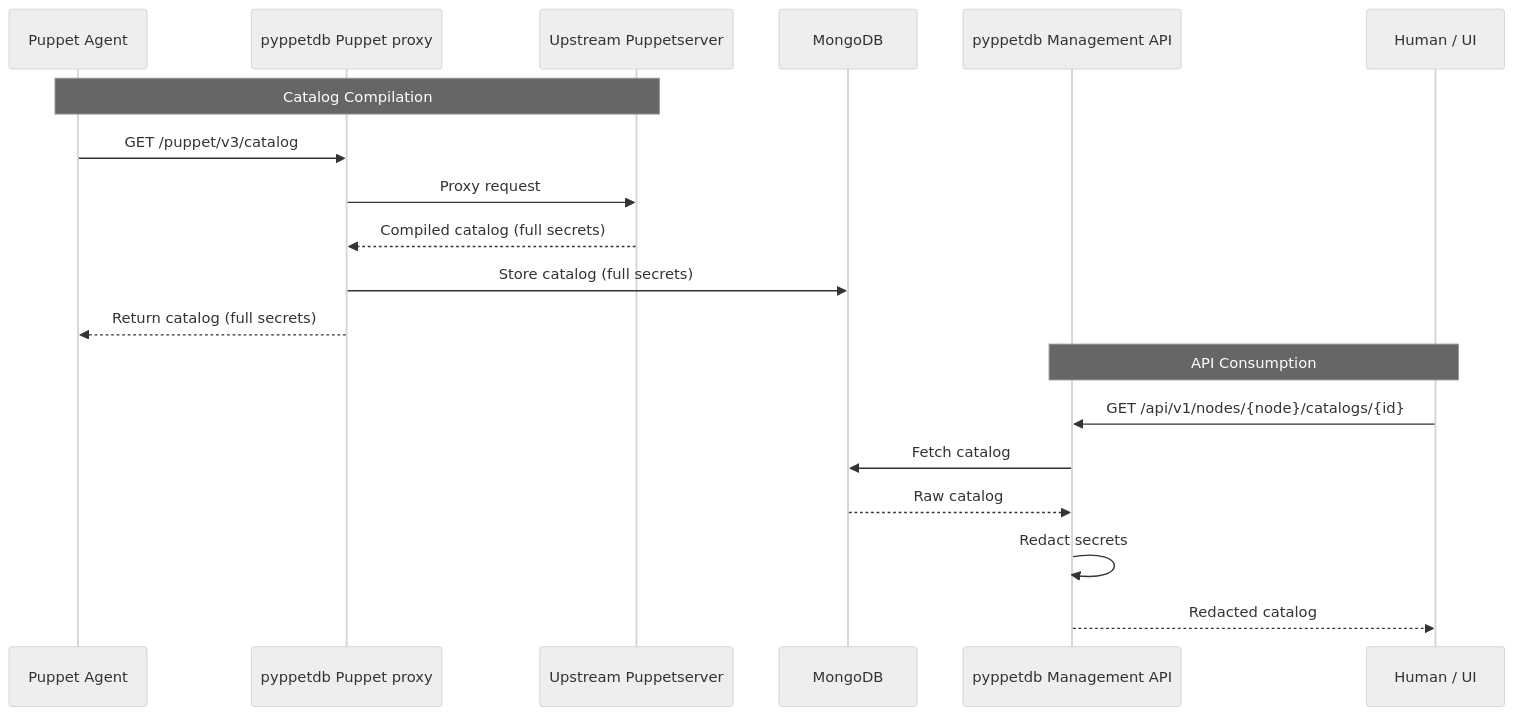
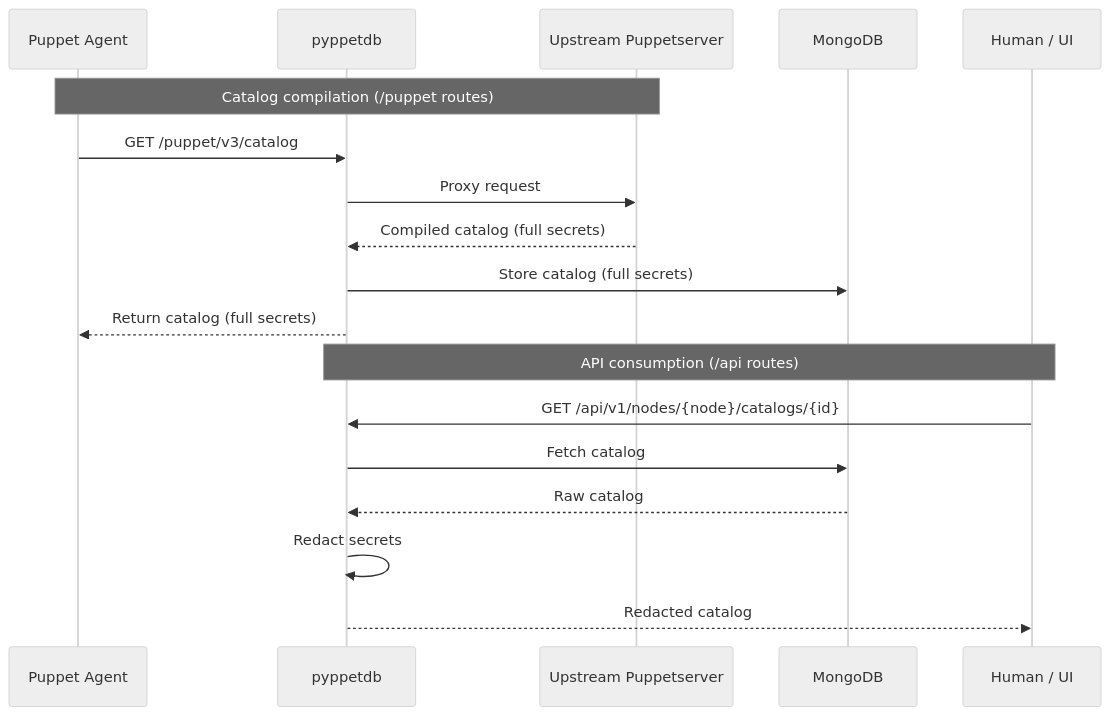
The third of 4 diagrams in docs/architecture.md (schlitzered/pyppetdb), drawn with Mermaid (neutral theme) before and after one commit. The commit also changed other lines of this file and 4 other files, not shown here.

````diff
--- a/docs/architecture.md
+++ b/docs/architecture.md
@@ -82,23 +81,22 @@
 ```mermaid
 sequenceDiagram
     participant Node as Puppet Agent
-    participant P1 as pyppetdb Puppet proxy
+    participant PP as pyppetdb
     participant PS as Upstream Puppetserver
     participant DB as MongoDB
-    participant API as pyppetdb Management API
     participant User as Human / UI
 
-    Note over Node, PS: Catalog Compilation
-    Node->>P1: GET /puppet/v3/catalog
-    P1->>PS: Proxy request
-    PS-->>P1: Compiled catalog (full secrets)
-    P1->>DB: Store catalog (full secrets)
-    P1-->>Node: Return catalog (full secrets)
+    Note over Node, PS: Catalog compilation (/puppet routes)
+    Node->>PP: GET /puppet/v3/catalog
+    PP->>PS: Proxy request
+    PS-->>PP: Compiled catalog (full secrets)
+    PP->>DB: Store catalog (full secrets)
+    PP-->>Node: Return catalog (full secrets)
 
-    Note over API, User: API Consumption
-    User->>API: GET /api/v1/nodes/{node}/catalogs/{id}
-    API->>DB: Fetch catalog
-    DB-->>API: Raw catalog
-    API->>API: Redact secrets
-    API-->>User: Redacted catalog
+    Note over PP, User: API consumption (/api routes)
+    User->>PP: GET /api/v1/nodes/{node}/catalogs/{id}
+    PP->>DB: Fetch catalog
+    DB-->>PP: Raw catalog
+    PP->>PP: Redact secrets
+    PP-->>User: Redacted catalog
 ```
````
